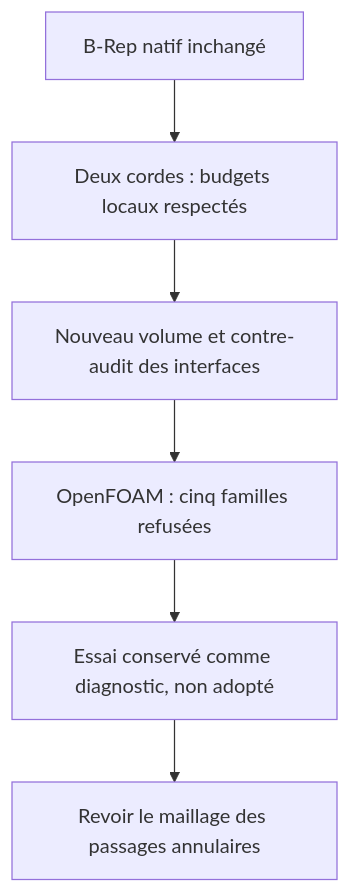
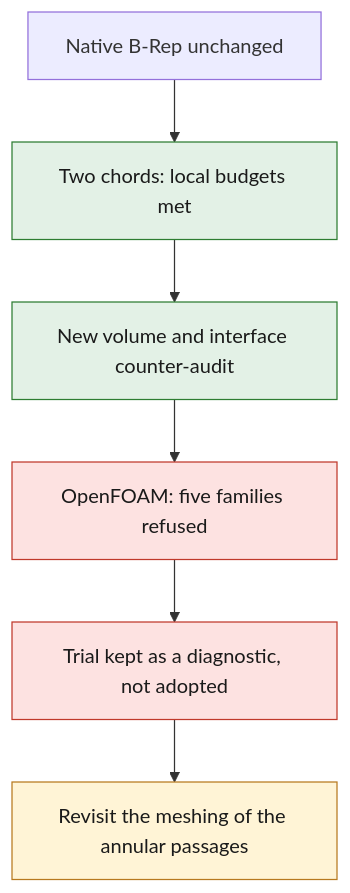
The diagram in docs/reports/M64_SHORT_EDGE_REMESH_20260908.md (cluster2600/porscheparts), drawn with Mermaid before and after one commit. The commit also changed other lines of this file and 228 other files, not shown here.

````diff
--- a/docs/reports/M64_SHORT_EDGE_REMESH_20260908.md
+++ b/docs/reports/M64_SHORT_EDGE_REMESH_20260908.md
@@ -77,8 +40,14 @@
 ```mermaid
 flowchart TD
-    A["B-Rep natif inchangé"] --> B["Deux cordes : budgets locaux respectés"]
-    B --> C["Nouveau volume et contre-audit des interfaces"]
-    C --> D["OpenFOAM : cinq familles refusées"]
-    D --> E["Essai conservé comme diagnostic, non adopté"]
-    E --> F["Revoir le maillage des passages annulaires"]
+    A["Native B-Rep unchanged"] --> B["Two chords: local budgets met"]
+    B --> C["New volume and interface counter-audit"]
+    C --> D["OpenFOAM: five families refused"]
+    D --> E["Trial kept as a diagnostic, not adopted"]
+    E --> F["Revisit the meshing of the annular passages"]
+    classDef stop fill:#fde2e1,stroke:#c0392b,color:#1a1a1a;
+    classDef ok fill:#e3f1e6,stroke:#2e7d32,color:#1a1a1a;
+    classDef open fill:#fff4d6,stroke:#b7791f,color:#1a1a1a;
+    class B,C ok;
+    class D,E stop;
+    class F open;
 ```
````
